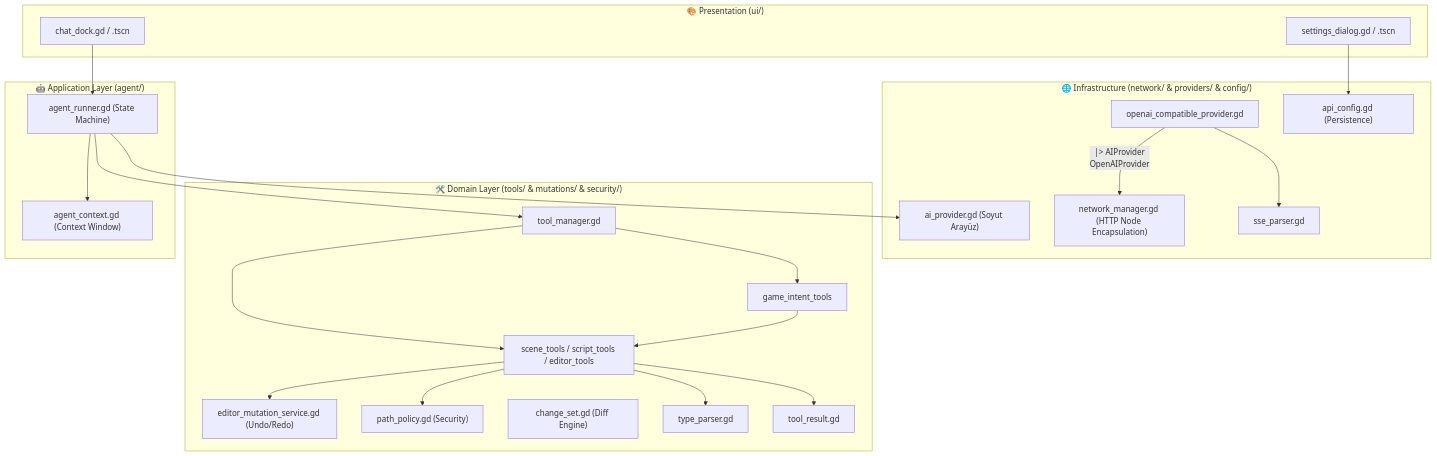
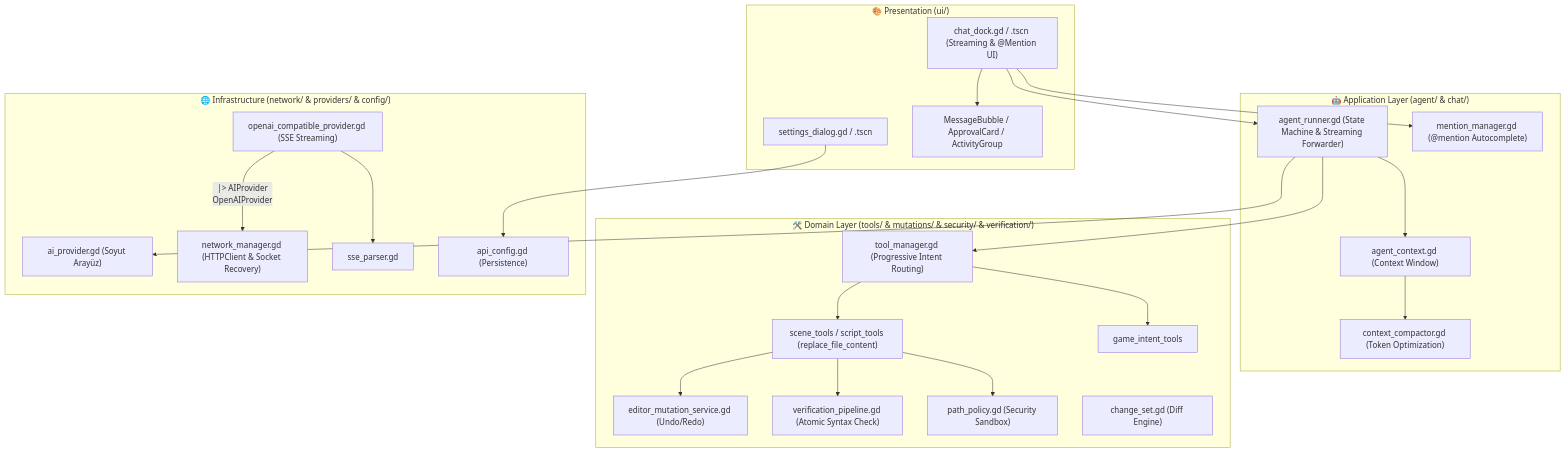
Before and after one commit to halilogia/Godot-AI-Sidebar: the diagram in ARCHITECTURE.md, drawn with Mermaid. The commit also changed other lines of this file and 5 other files, not shown here.

Commit message:
docs: update README, CHANGELOG, ROADMAP, ARCHITECTURE, and add universal AGENTS.md shared memory guide

````diff
--- a/ARCHITECTURE.md
+++ b/ARCHITECTURE.md
@@ -24,47 +24,50 @@
 ```mermaid
 graph TD
     subgraph UI ["🎨 Presentation (ui/)"]
-        ChatDock["chat_dock.gd / .tscn"]
+        ChatDock["chat_dock.gd / .tscn (Streaming & @Mention UI)"]
         SettingsDialog["settings_dialog.gd / .tscn"]
+        UIComponents["MessageBubble / ApprovalCard / ActivityGroup"]
     end
 
-    subgraph Application ["🤖 Application Layer (agent/)"]
-        AgentRunner["agent_runner.gd (State Machine)"]
+    subgraph Application ["🤖 Application Layer (agent/ & chat/)"]
+        AgentRunner["agent_runner.gd (State Machine & Streaming Forwarder)"]
         AgentContext["agent_context.gd (Context Window)"]
+        ContextCompactor["context_compactor.gd (Token Optimization)"]
+        MentionManager["mention_manager.gd (@mention Autocomplete)"]
     end
 
-    subgraph Domain ["🛠️ Domain Layer (tools/ & mutations/ & security/)"]
-        ToolManager["tool_manager.gd"]
-        PrimitiveTools["scene_tools / script_tools / editor_tools"]
+    subgraph Domain ["🛠️ Domain Layer (tools/ & mutations/ & security/ & verification/)"]
+        ToolManager["tool_manager.gd (Progressive Intent Routing)"]
+        PrimitiveTools["scene_tools / script_tools (replace_file_content)"]
         IntentTools["game_intent_tools"]
         MutationService["editor_mutation_service.gd (Undo/Redo)"]
-        PathPolicy["path_policy.gd (Security)"]
+        VerificationPipeline["verification_pipeline.gd (Atomic Syntax Check)"]
+        PathPolicy["path_policy.gd (Security Sandbox)"]
         ChangeSet["change_set.gd (Diff Engine)"]
-        TypeParser["type_parser.gd"]
-        ToolResult["tool_result.gd"]
     end
 
     subgraph Infrastructure ["🌐 Infrastructure (network/ & providers/ & config/)"]
         AIProvider["ai_provider.gd (Soyut Arayüz)"]
-        OpenAIProvider["openai_compatible_provider.gd"]
-        NetworkManager["network_manager.gd (HTTP Node Encapsulation)"]
+        OpenAIProvider["openai_compatible_provider.gd (SSE Streaming)"]
+        NetworkManager["network_manager.gd (HTTPClient & Socket Recovery)"]
         SSEParser["sse_parser.gd"]
         Config["api_config.gd (Persistence)"]
     end
 
     ChatDock --> AgentRunner
+    ChatDock --> MentionManager
+    ChatDock --> UIComponents
     SettingsDialog --> Config
     AgentRunner --> AgentContext
     AgentRunner --> ToolManager
     AgentRunner --> AIProvider
+    AgentContext --> ContextCompactor
     ToolManager --> PrimitiveTools
     ToolManager --> IntentTools
     PrimitiveTools --> MutationService
     PrimitiveTools --> PathPolicy
-    PrimitiveTools --> TypeParser
-    PrimitiveTools --> ToolResult
-    IntentTools --> PrimitiveTools
+    PrimitiveTools --> VerificationPipeline
     OpenAIProvider --|> AIProvider
     OpenAIProvider --> NetworkManager
     OpenAIProvider --> SSEParser
 ```
````
